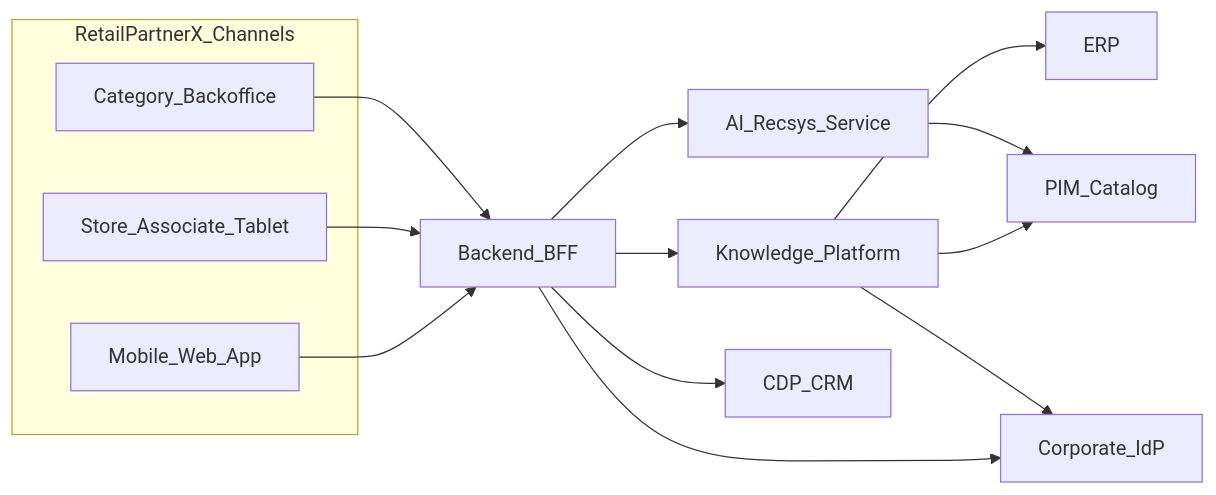
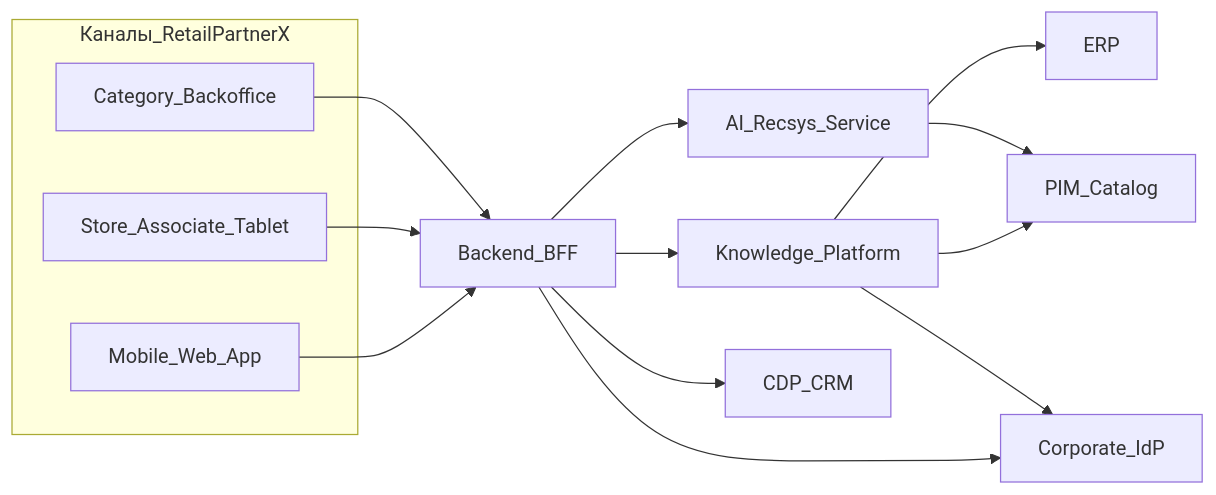
One commit to YuesIt17/yuit-docs-ai-architect-platform changed the diagram in docs/architecture/c4-context.md. Above: the diagram before and after it, drawn with Mermaid. The commit also changed other lines of this file and 49 other files, not shown here.

Commit message:
feat: add diagrams, fix docs

````diff
--- a/docs/architecture/c4-context.md
+++ b/docs/architecture/c4-context.md
@@ -5,27 +23,27 @@
 ```mermaid
 flowchart LR
-  subgraph channels [RetailPartnerX_Channels]
+  subgraph channels [Каналы_RetailPartnerX]
     App[Mobile_Web_App]
     Tablet[Store_Associate_Tablet]
     Backoffice[Category_Backoffice]
   end
   BFF[Backend_BFF]
   KP[Knowledge_Platform]
   Recsys[AI_Recsys_Service]
   PIM[PIM_Catalog]
   CDP[CDP_CRM]
   ERP[ERP]
   IdP[Corporate_IdP]
 
   App --> BFF
   Tablet --> BFF
   Backoffice --> BFF
   BFF --> KP
   BFF --> Recsys
   KP --> PIM
   KP --> ERP
   Recsys --> PIM
   BFF --> CDP
   BFF --> IdP
   KP --> IdP
 ```
````
